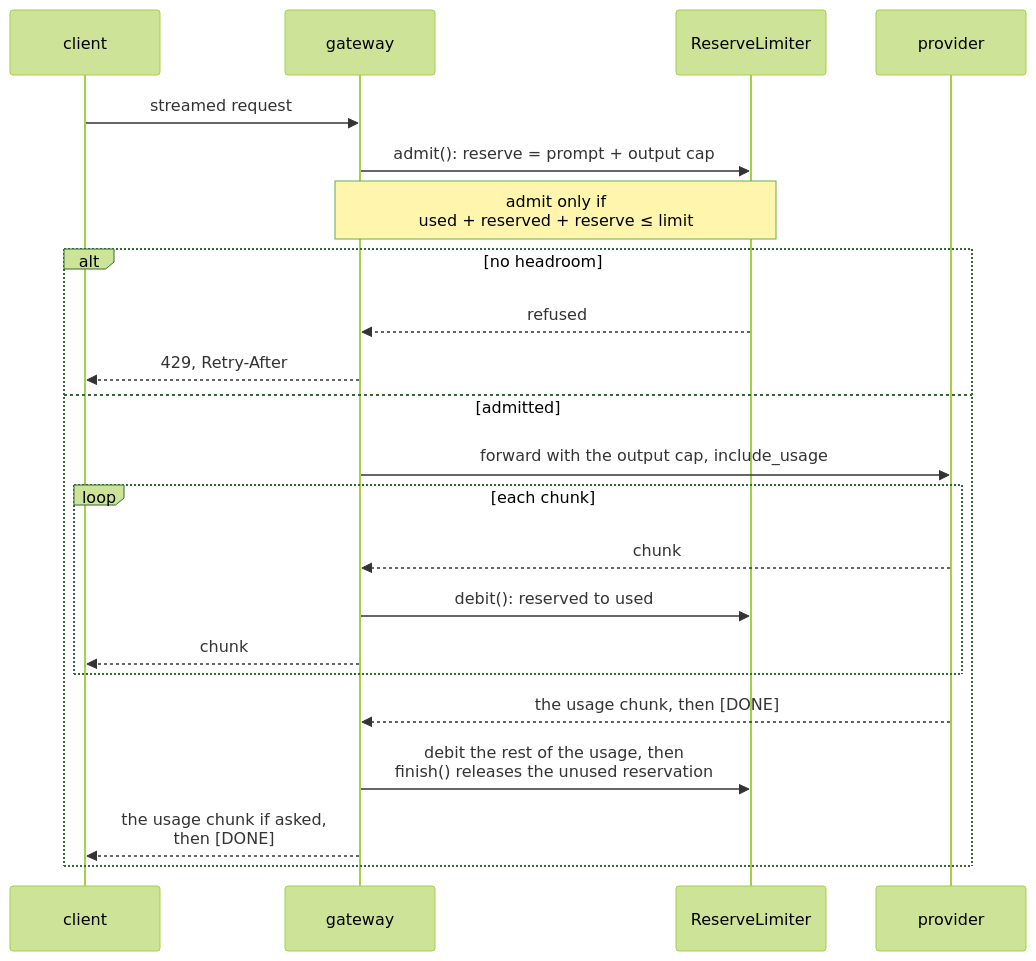
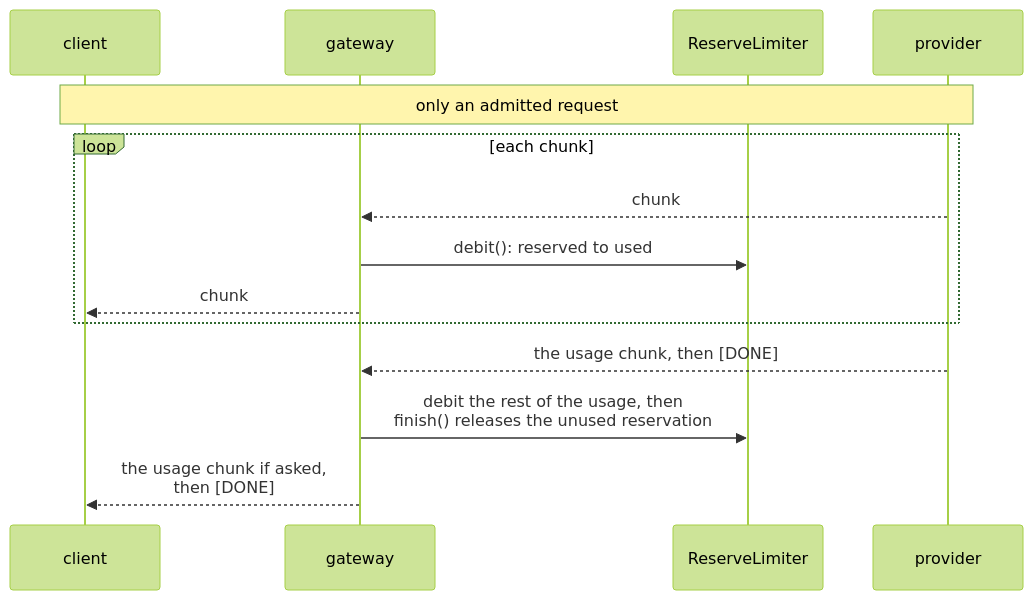
The sixth of 9 diagrams in 06-gateway/llm-gateway/PRIMER.md (aniryou/full-stack-agentic-engineer), drawn with Mermaid (forest theme) before and after one commit. The commit also changed other lines of this file and 633 other files, not shown here.

First line of the commit message:
Accessible language and one-screen figures, part 1: every figure fits a screen, the STE second pass over the layers (#53)

````diff
--- a/06-gateway/llm-gateway/PRIMER.md
+++ b/06-gateway/llm-gateway/PRIMER.md
@@ -587,24 +599,16 @@
 ```mermaid
 sequenceDiagram
     participant C as client
     participant G as gateway
     participant L as ReserveLimiter
     participant P as provider
-    C->>G: streamed request
-    G->>L: admit(): reserve = prompt + output cap
-    Note over G,L: admit only if<br/>used + reserved + reserve ≤ limit
-    alt no headroom
-        L-->>G: refused
-        G-->>C: 429, Retry-After
-    else admitted
-        G->>P: forward with the output cap, include_usage
-        loop each chunk
-            P-->>G: chunk
-            G->>L: debit(): reserved to used
-            G-->>C: chunk
-        end
-        P-->>G: the usage chunk, then [DONE]
-        G->>L: debit the rest of the usage, then<br/>finish() releases the unused reservation
-        G-->>C: the usage chunk if asked,<br/>then [DONE]
+    Note over C,P: only an admitted request
+    loop each chunk
+        P-->>G: chunk
+        G->>L: debit(): reserved to used
+        G-->>C: chunk
     end
+    P-->>G: the usage chunk, then [DONE]
+    G->>L: debit the rest of the usage, then<br/>finish() releases the unused reservation
+    G-->>C: the usage chunk if asked,<br/>then [DONE]
 ```
````
